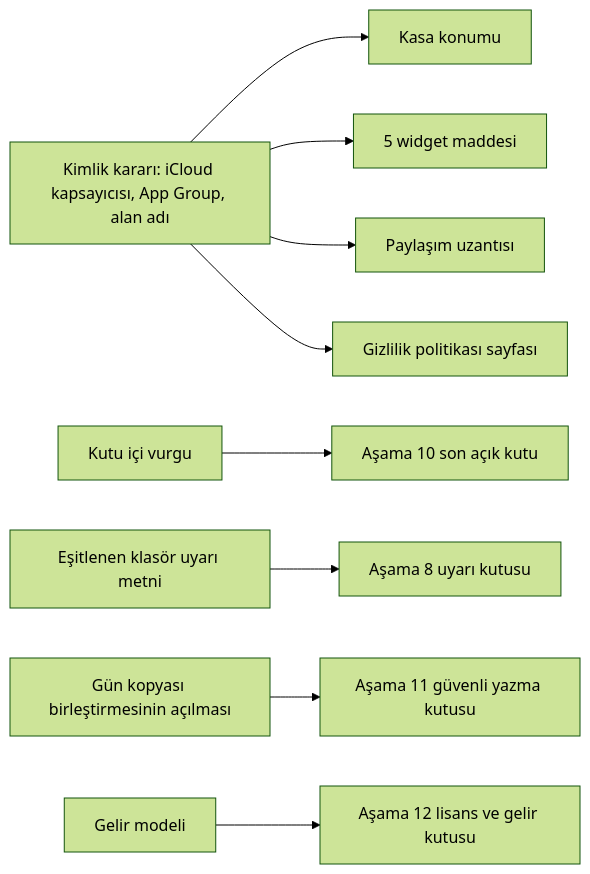
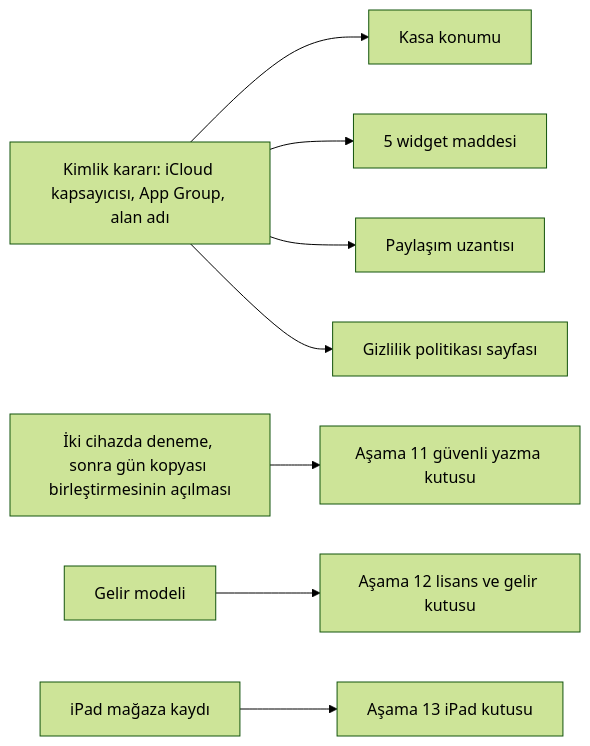
Before and after one commit to dogancanyildiz/kenet: the third of 4 diagrams in docs/roadmap.md, drawn with Mermaid (forest theme). The commit also changed other lines of this file and 1 other file, not shown here.

Commit message:
docs: dalga 11 kararları, Aşama 13 Uyarlanır düzen, Aşama 10 kapandı (#231)

````diff
--- a/docs/roadmap.md
+++ b/docs/roadmap.md
@@ -78,11 +79,10 @@
 ```mermaid
 flowchart LR
     K[Kimlik kararı: iCloud kapsayıcısı, App Group, alan adı] --> KK[Kasa konumu]
     K --> W[5 widget maddesi]
     K --> PU[Paylaşım uzantısı]
     K --> GP[Gizlilik politikası sayfası]
-    V[Kutu içi vurgu] --> A10[Aşama 10 son açık kutu]
-    U[Eşitlenen klasör uyarı metni] --> A8[Aşama 8 uyarı kutusu]
-    GK[Gün kopyası birleştirmesinin açılması] --> A11[Aşama 11 güvenli yazma kutusu]
+    GK[İki cihazda deneme, sonra gün kopyası birleştirmesinin açılması] --> A11[Aşama 11 güvenli yazma kutusu]
     GM[Gelir modeli] --> A12[Aşama 12 lisans ve gelir kutusu]
+    IP[iPad mağaza kaydı] --> A13[Aşama 13 iPad kutusu]
 ```
````
